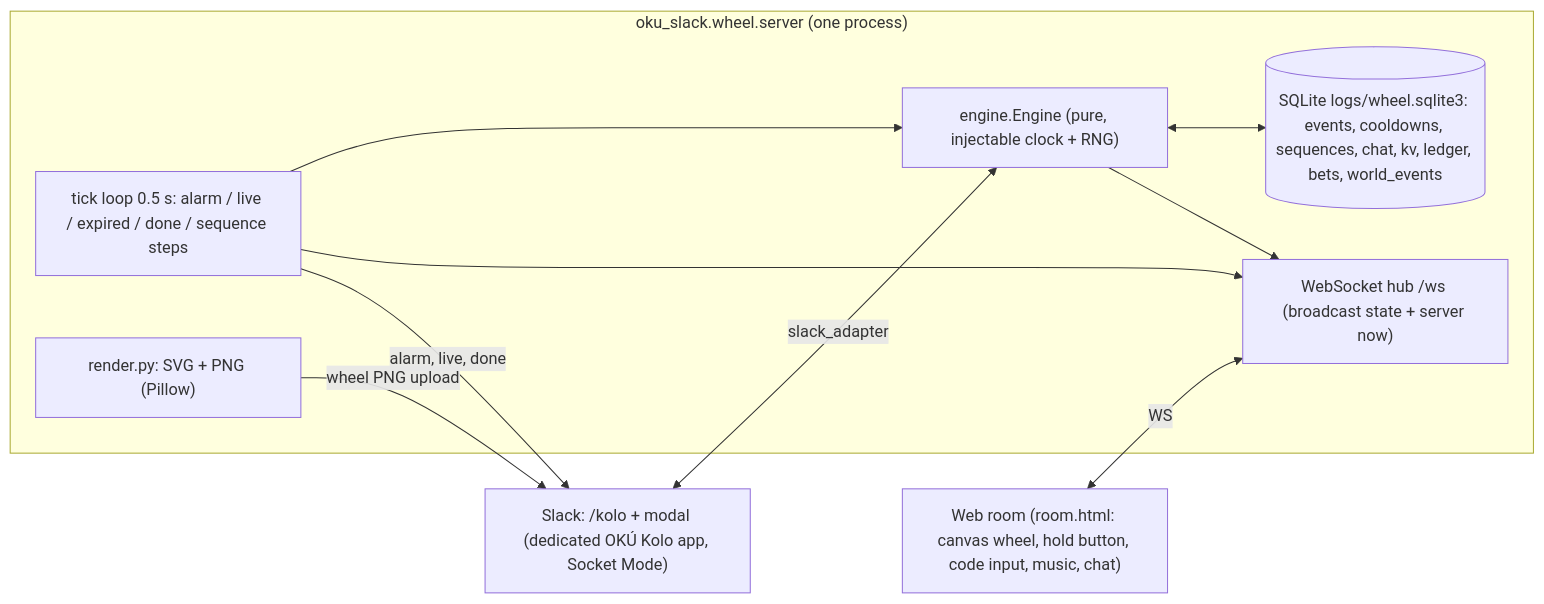
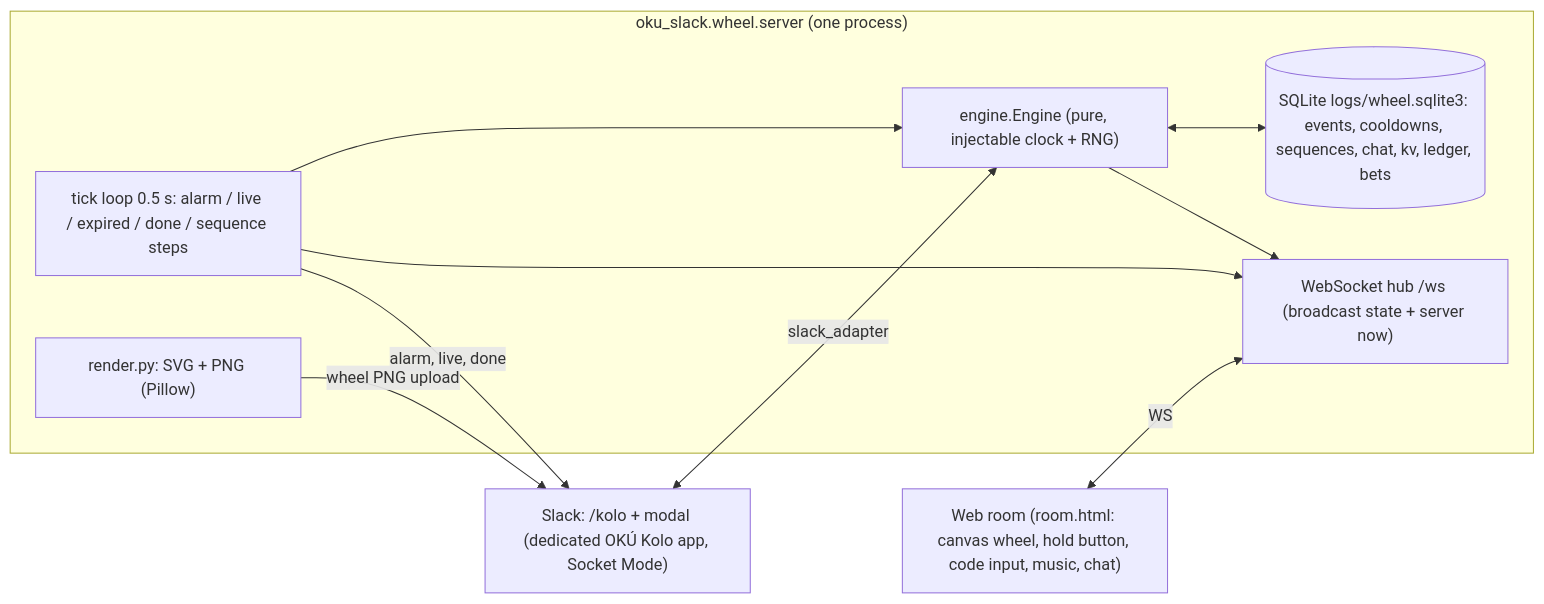
Before and after one commit to kore-void/oku-slack: the first of 2 diagrams in docs/WHEEL.md, drawn with Mermaid. The commit also changed other lines of this file and 2 other files, not shown here.

Commit message:
Docs: WORLD.md (oku_world ops, diary, sources, budget, standalone porada, go-live stages); ECOSYSTEM-PLAN marks P-001 done and adds the standalone porada; WHEEL.md world section -> wheel as outbox source

````diff
--- a/docs/WHEEL.md
+++ b/docs/WHEEL.md
@@ -8,18 +8,18 @@
 ```mermaid
 flowchart LR
   subgraph Service["oku_slack.wheel.server (one process)"]
     E["engine.Engine (pure, injectable clock + RNG)"]
-    DB[("SQLite logs/wheel.sqlite3: events, cooldowns, sequences, chat, kv, ledger, bets, world_events")]
+    DB[("SQLite logs/wheel.sqlite3: events, cooldowns, sequences, chat, kv, ledger, bets")]
     T["tick loop 0.5 s: alarm / live / expired / done / sequence steps"]
     H["WebSocket hub /ws (broadcast state + server now)"]
     R["render.py: SVG + PNG (Pillow)"]
     E <--> DB
     T --> E
     T --> H
     E --> H
   end
   Room["Web room (room.html: canvas wheel, hold button, code input, music, chat)"] <-->|WS| H
   Slack["Slack: /kolo + modal (dedicated OKÚ Kolo app, Socket Mode)"] <-->|slack_adapter| E
   T -->|alarm, live, done| Slack
   R -->|wheel PNG upload| Slack
 ```
````
